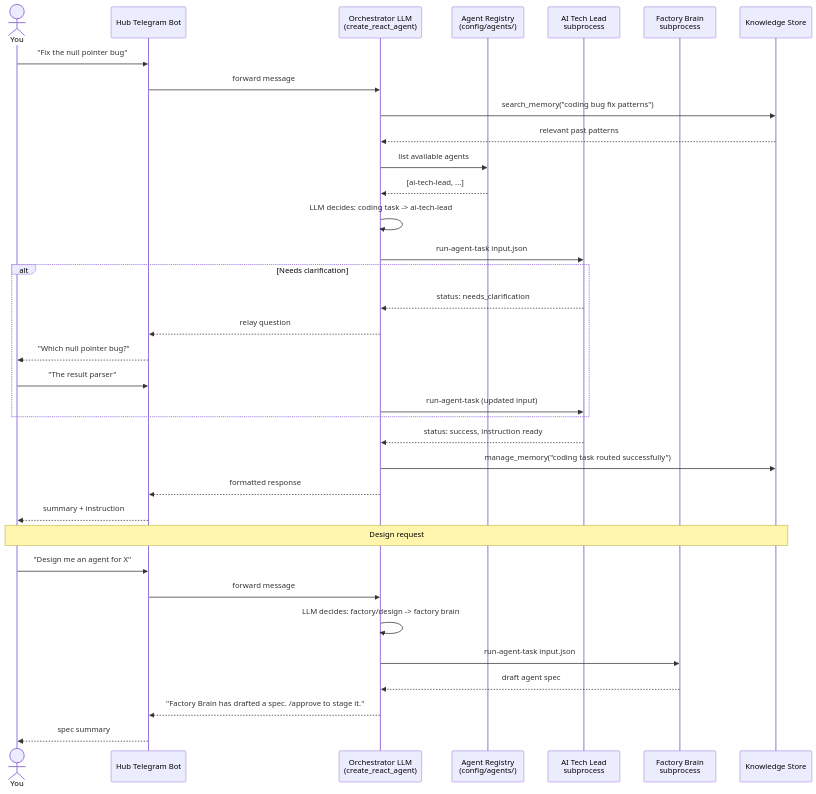
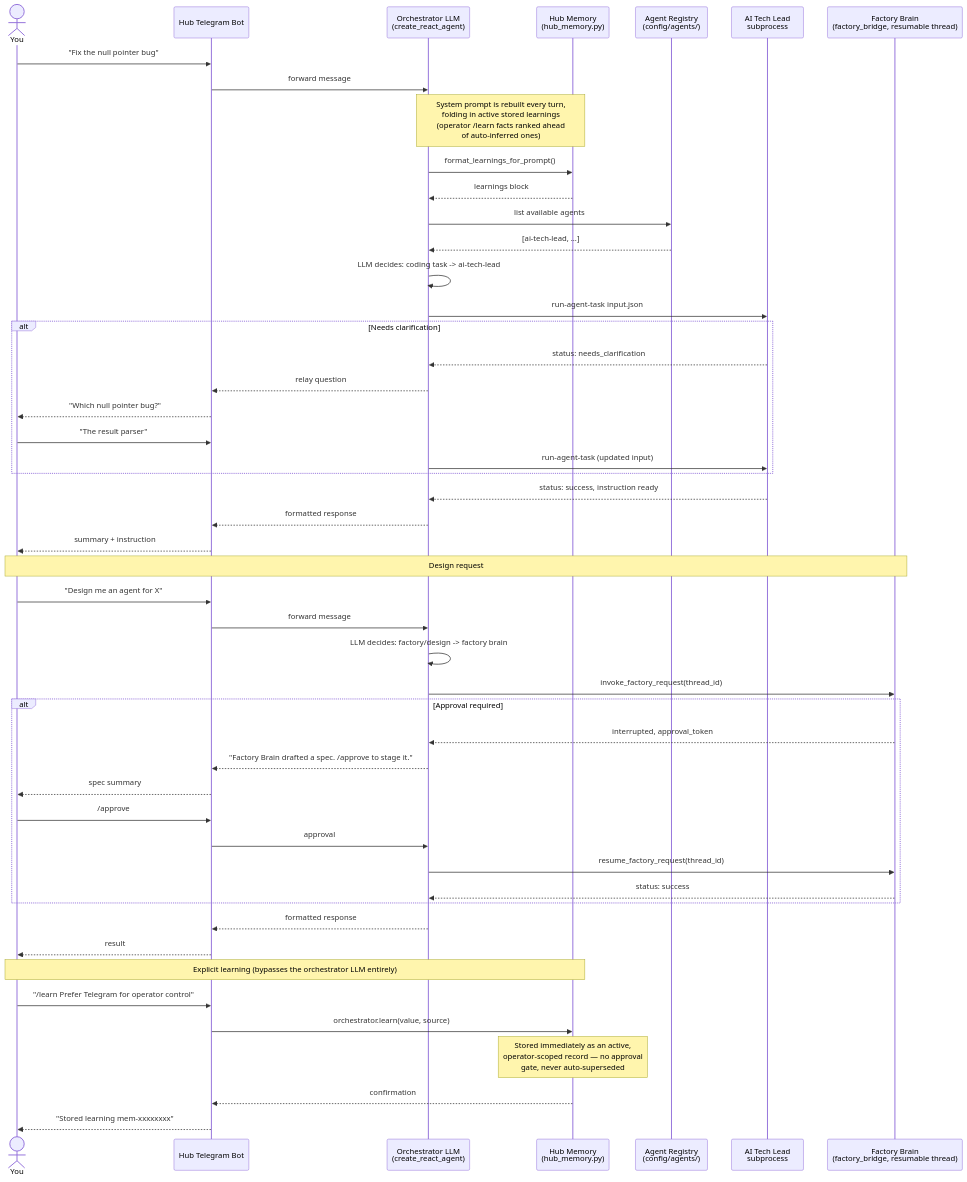
One commit to robvoto/agent-hub changed the diagram in docs/diagrams/05-HUB-ROUTING.mmd. Above: the diagram before and after it, drawn with Mermaid. The commit also changed 6 other files, not shown here.

First line of the commit message:
Rank explicit /learn memory ahead of auto-inferred memory, update routing diagram

```diff
--- a/docs/diagrams/05-HUB-ROUTING.mmd
+++ b/docs/diagrams/05-HUB-ROUTING.mmd
@@ -1,44 +1,62 @@
 sequenceDiagram
     actor You
     participant Bot as Hub Telegram Bot
     participant Orch as Orchestrator LLM<br/>(create_react_agent)
+    participant Mem as Hub Memory<br/>(hub_memory.py)
     participant Reg as Agent Registry<br/>(config/agents/)
     participant ATL as AI Tech Lead<br/>subprocess
-    participant FB as Factory Brain<br/>subprocess
-    participant KB as Knowledge Store
+    participant FB as Factory Brain<br/>(factory_bridge, resumable thread)
 
     You->>Bot: "Fix the null pointer bug"
     Bot->>Orch: forward message
 
-    Orch->>KB: search_memory("coding bug fix patterns")
-    KB-->>Orch: relevant past patterns
+    Note over Orch,Mem: System prompt is rebuilt every turn,<br/>folding in active stored learnings<br/>(operator /learn facts ranked ahead<br/>of auto-inferred ones)
+    Orch->>Mem: format_learnings_for_prompt()
+    Mem-->>Orch: learnings block
 
     Orch->>Reg: list available agents
     Reg-->>Orch: [ai-tech-lead, ...]
 
     Orch->>Orch: LLM decides: coding task -> ai-tech-lead
 
     Orch->>ATL: run-agent-task input.json
 
     alt Needs clarification
         ATL-->>Orch: status: needs_clarification
         Orch-->>Bot: relay question
         Bot-->>You: "Which null pointer bug?"
         You->>Bot: "The result parser"
         Orch->>ATL: run-agent-task (updated input)
     end
 
     ATL-->>Orch: status: success, instruction ready
-    Orch->>KB: manage_memory("coding task routed successfully")
     Orch-->>Bot: formatted response
     Bot-->>You: summary + instruction
 
-    Note over You, KB: Design request
+    Note over You, FB: Design request
 
     You->>Bot: "Design me an agent for X"
     Bot->>Orch: forward message
     Orch->>Orch: LLM decides: factory/design -> factory brain
-    Orch->>FB: run-agent-task input.json
-    FB-->>Orch: draft agent spec
-    Orch-->>Bot: "Factory Brain has drafted a spec. /approve to stage it."
-    Bot-->>You: spec summary
+    Orch->>FB: invoke_factory_request(thread_id)
+
+    alt Approval required
+        FB-->>Orch: interrupted, approval_token
+        Orch-->>Bot: "Factory Brain drafted a spec. /approve to stage it."
+        Bot-->>You: spec summary
+        You->>Bot: /approve
+        Bot->>Orch: approval
+        Orch->>FB: resume_factory_request(thread_id)
+        FB-->>Orch: status: success
+    end
+
+    Orch-->>Bot: formatted response
+    Bot-->>You: result
+
+    Note over You, Mem: Explicit learning (bypasses the orchestrator LLM entirely)
+
+    You->>Bot: "/learn Prefer Telegram for operator control"
+    Bot->>Mem: orchestrator.learn(value, source)
+    Note over Mem: Stored immediately as an active,<br/>operator-scoped record — no approval<br/>gate, never auto-superseded
+    Mem-->>Bot: confirmation
+    Bot-->>You: "Stored learning mem-xxxxxxxx"
```
